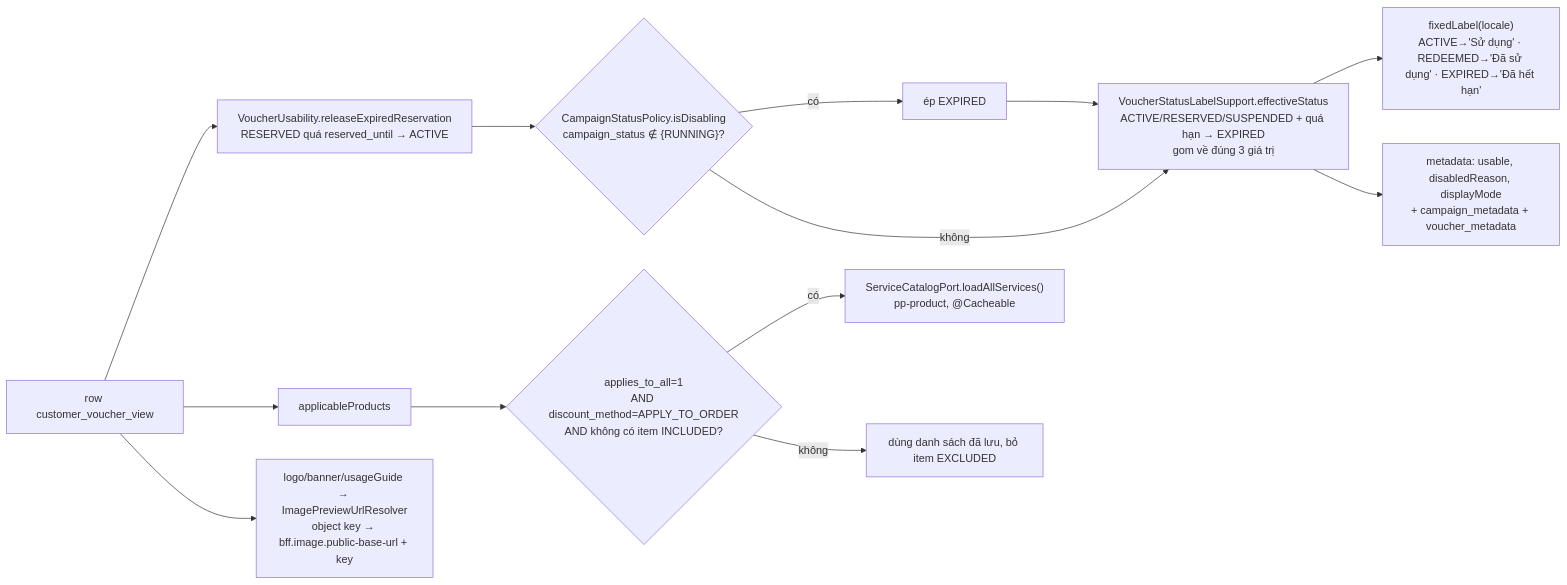
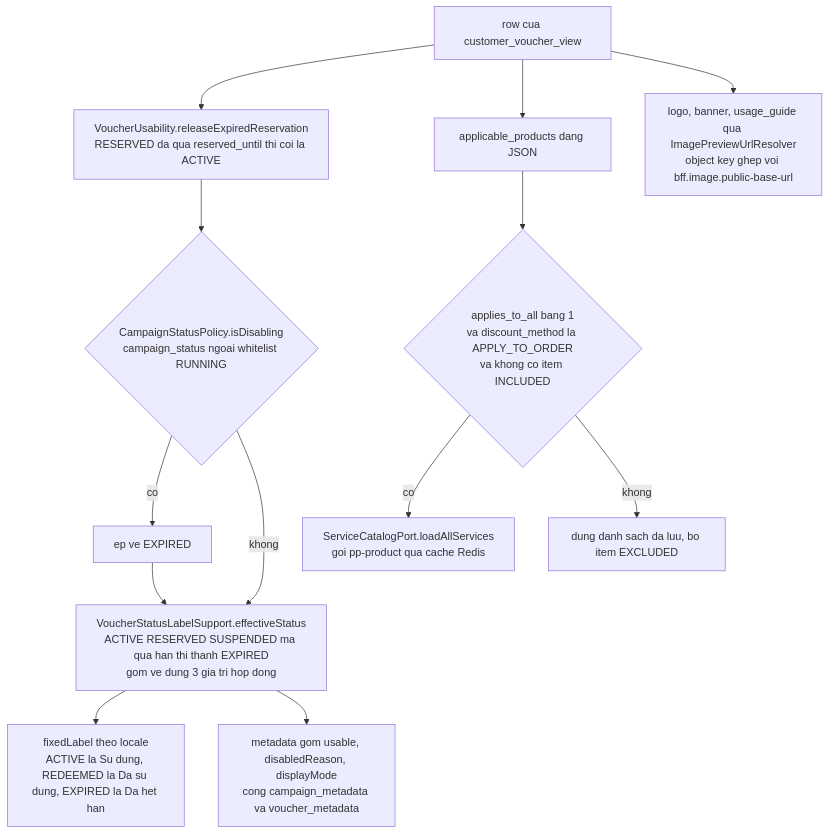
Before and after one commit to devtam-02/note-sharing: the fourth of 5 diagrams in search-customer-vouchers.md, drawn with Mermaid. The commit also changed other lines of this file, not shown here.

````diff
--- a/search-customer-vouchers.md
+++ b/search-customer-vouchers.md
@@ -283,15 +433,15 @@
 ```mermaid
-flowchart LR
-    R[row customer_voucher_view] --> A["VoucherUsability.releaseExpiredReservation<br/>RESERVED quá reserved_until → ACTIVE"]
-    A --> B{"CampaignStatusPolicy.isDisabling<br/>campaign_status ∉ {RUNNING}?"}
-    B -->|có| E1[ép EXPIRED]
-    B -->|không| C
-    E1 --> C["VoucherStatusLabelSupport.effectiveStatus<br/>ACTIVE/RESERVED/SUSPENDED + quá hạn → EXPIRED<br/>gom về đúng 3 giá trị"]
-    C --> D["fixedLabel(locale)<br/>ACTIVE→'Sử dụng' · REDEEMED→'Đã sử dụng' · EXPIRED→'Đã hết hạn'"]
-    C --> M["metadata: usable, disabledReason, displayMode<br/>+ campaign_metadata + voucher_metadata"]
-    R --> P["applicableProducts"]
-    P --> Q{"applies_to_all=1<br/>AND discount_method=APPLY_TO_ORDER<br/>AND không có item INCLUDED?"}
-    Q -->|có| S["ServiceCatalogPort.loadAllServices()<br/>pp-product, @Cacheable"]
-    Q -->|không| T[dùng danh sách đã lưu, bỏ item EXCLUDED]
-    R --> U["logo/banner/usageGuide → ImagePreviewUrlResolver<br/>object key → bff.image.public-base-url + key"]
+flowchart TD
+    R["row cua customer_voucher_view"] --> A["VoucherUsability.releaseExpiredReservation<br/>RESERVED da qua reserved_until thi coi la ACTIVE"]
+    A --> B{"CampaignStatusPolicy.isDisabling<br/>campaign_status ngoai whitelist RUNNING"}
+    B -->|"co"| E1["ep ve EXPIRED"]
+    B -->|"khong"| C
+    E1 --> C["VoucherStatusLabelSupport.effectiveStatus<br/>ACTIVE RESERVED SUSPENDED ma qua han thi thanh EXPIRED<br/>gom ve dung 3 gia tri hop dong"]
+    C --> D["fixedLabel theo locale<br/>ACTIVE la Su dung, REDEEMED la Da su dung, EXPIRED la Da het han"]
+    C --> M["metadata gom usable, disabledReason, displayMode<br/>cong campaign_metadata va voucher_metadata"]
+    R --> P["applicable_products dang JSON"]
+    P --> Q{"applies_to_all bang 1<br/>va discount_method la APPLY_TO_ORDER<br/>va khong co item INCLUDED"}
+    Q -->|"co"| S["ServiceCatalogPort.loadAllServices<br/>goi pp-product qua cache Redis"]
+    Q -->|"khong"| T["dung danh sach da luu, bo item EXCLUDED"]
+    R --> U["logo, banner, usage_guide qua ImagePreviewUrlResolver<br/>object key ghep voi bff.image.public-base-url"]
 ```
````
